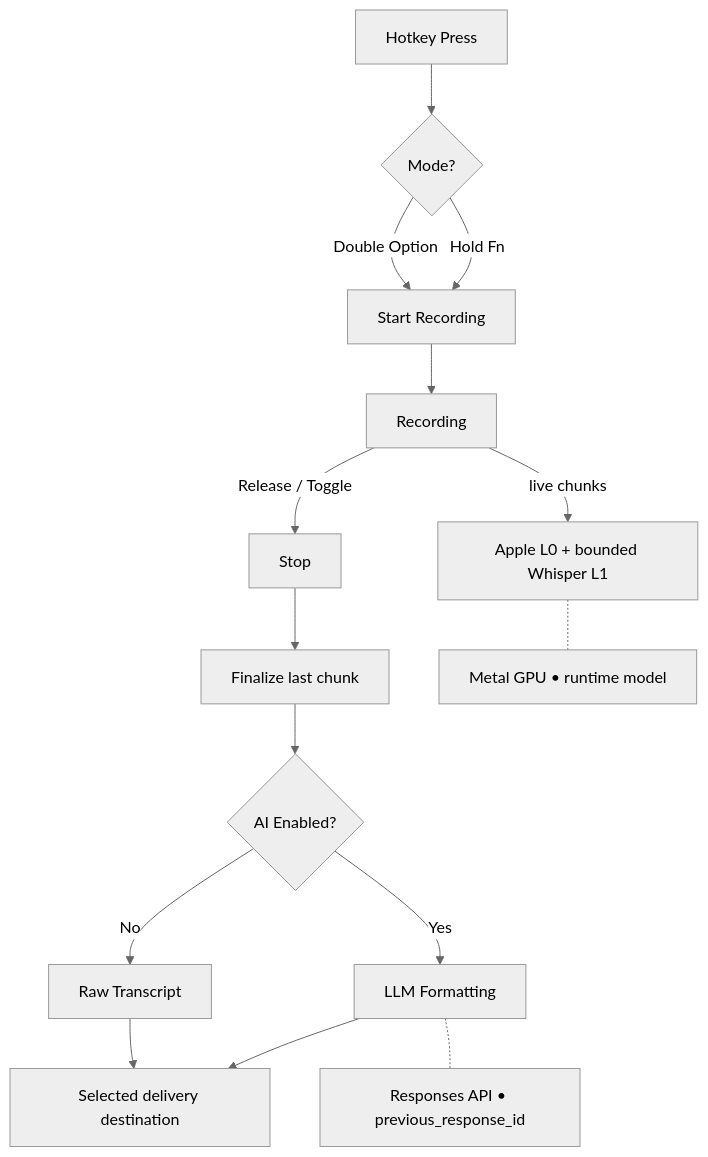
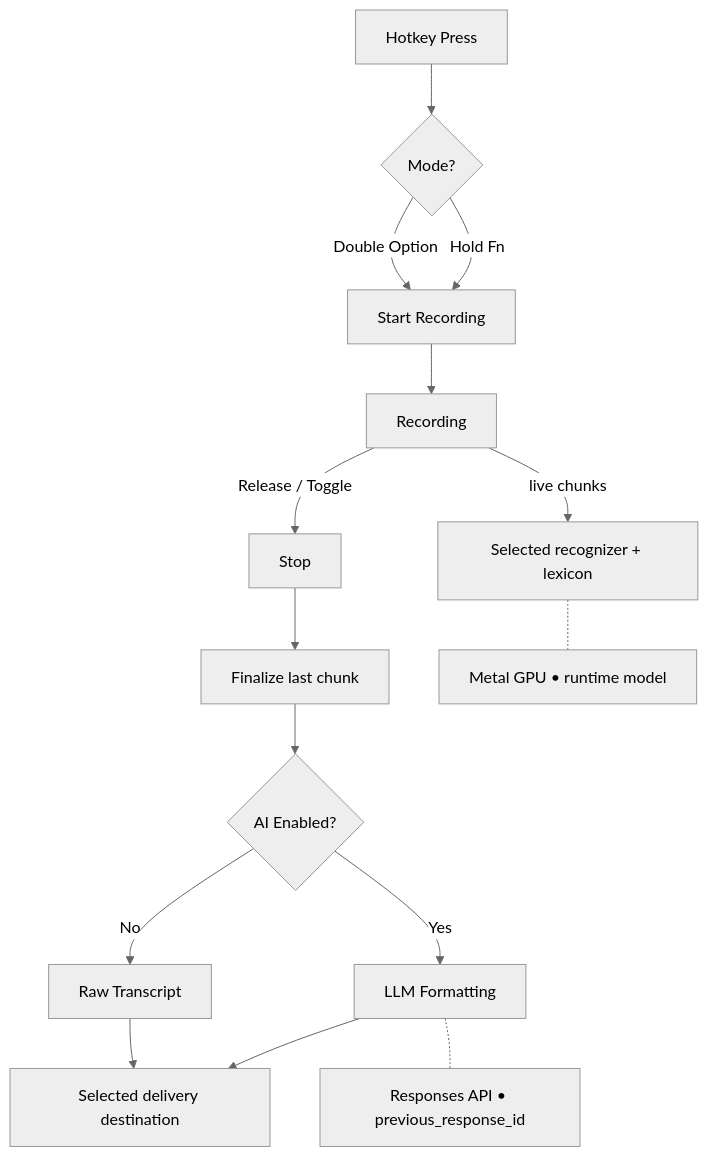
Before and after one commit to vetcoders/codescribe: the second of 2 diagrams in README.md, drawn with Mermaid (neutral theme). The commit also changed other lines of this file and 393 other files, not shown here.

````diff
--- a/README.md
+++ b/README.md
@@ -280,18 +278,18 @@
 ```mermaid
 flowchart TD
     A[Hotkey Press] --> B{Mode?}
     B -->|Hold Fn| C[Start Recording]
     B -->|Double Option| C
     C --> D[Recording]
-    D -->|live chunks| E["Apple L0 + bounded Whisper L1"]
+    D -->|live chunks| E["Selected recognizer + lexicon"]
     D -->|Release / Toggle| F[Stop]
     F --> G[Finalize last chunk]
     G --> H{AI Enabled?}
     H -->|Yes| I[LLM Formatting]
     H -->|No| J[Raw Transcript]
     I --> K[Selected delivery destination]
     J --> K
 
     E -.- E1["Metal GPU • runtime model"]
     I -.- I1["Responses API • previous_response_id"]
 ```
````
